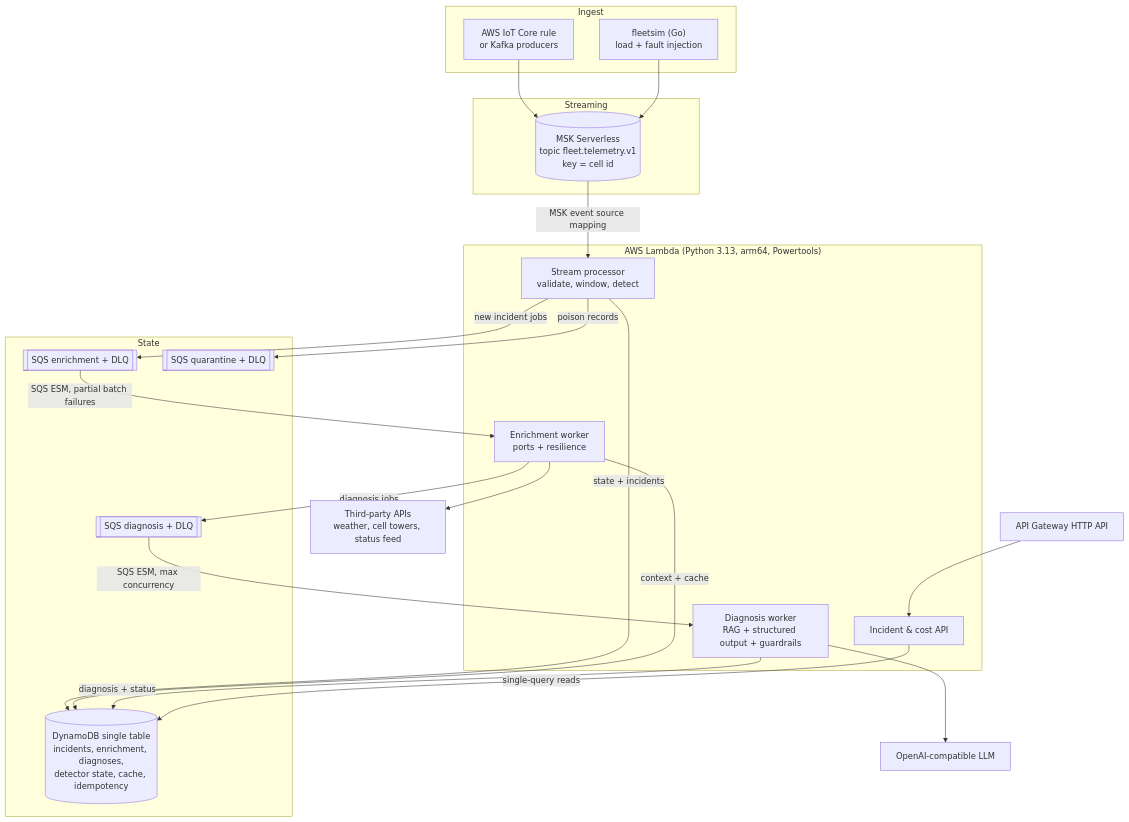
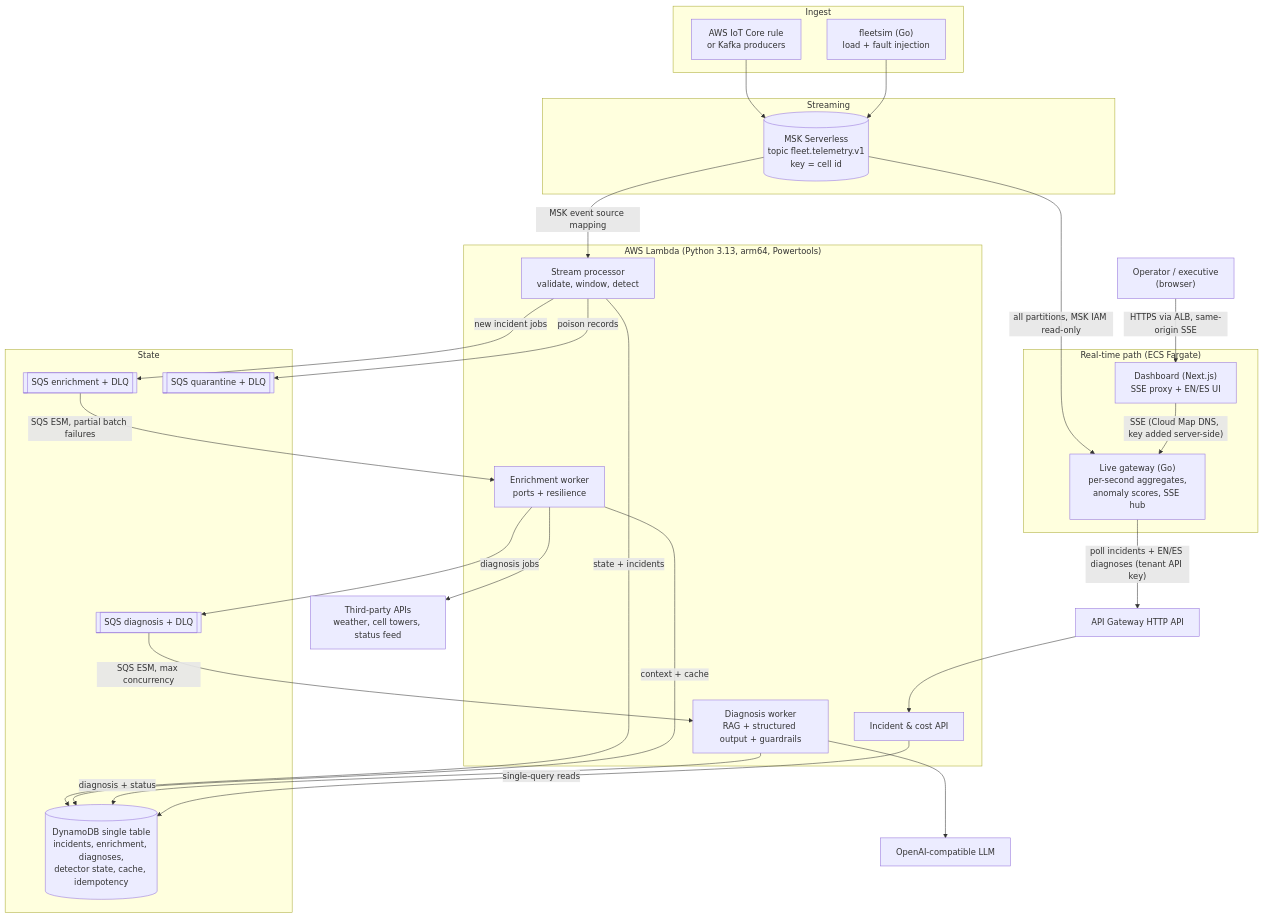
Before and after one commit to oscar-rolando-alvarez/portfolio: the second of 6 diagrams in iot-fleet-intelligence/README.md, drawn with Mermaid. The commit also changed other lines of this file and 136 other files, not shown here.

First line of the commit message:
feat(iot-fleet-intelligence): bilingual real-time operations & executive dashboard with live SSE gateway (#52)

````diff
--- a/iot-fleet-intelligence/README.md
+++ b/iot-fleet-intelligence/README.md
@@ -96,41 +162,50 @@
 ```mermaid
 flowchart TB
     subgraph edge["Ingest"]
         iot["AWS IoT Core rule<br/>or Kafka producers"]
         sim["fleetsim (Go)<br/>load + fault injection"]
     end
     subgraph stream["Streaming"]
         msk[("MSK Serverless<br/>topic fleet.telemetry.v1<br/>key = cell id")]
     end
     subgraph compute["AWS Lambda (Python 3.13, arm64, Powertools)"]
         sp["Stream processor<br/>validate, window, detect"]
         en["Enrichment worker<br/>ports + resilience"]
         dg["Diagnosis worker<br/>RAG + structured output + guardrails"]
         api["Incident & cost API"]
     end
     subgraph data["State"]
         ddb[("DynamoDB single table<br/>incidents, enrichment, diagnoses,<br/>detector state, cache, idempotency")]
         q1[["SQS enrichment + DLQ"]]
         q2[["SQS diagnosis + DLQ"]]
         q3[["SQS quarantine + DLQ"]]
     end
     apigw["API Gateway HTTP API"]
     ext["Third-party APIs<br/>weather, cell towers, status feed"]
     llm["OpenAI-compatible LLM"]
+    subgraph rt["Real-time path (ECS Fargate)"]
+        gw["Live gateway (Go)<br/>per-second aggregates,<br/>anomaly scores, SSE hub"]
+        ui["Dashboard (Next.js)<br/>SSE proxy + EN/ES UI"]
+    end
+    user["Operator / executive<br/>(browser)"]
 
     iot --> msk
     sim --> msk
     msk -- "MSK event source mapping" --> sp
     sp -- "state + incidents" --> ddb
     sp -- "new incident jobs" --> q1
     sp -- "poison records" --> q3
     q1 -- "SQS ESM, partial batch failures" --> en
     en --> ext
     en -- "context + cache" --> ddb
     en -- "diagnosis jobs" --> q2
     q2 -- "SQS ESM, max concurrency" --> dg
     dg --> llm
     dg -- "diagnosis + status" --> ddb
     apigw --> api
     api -- "single-query reads" --> ddb
+    msk -- "all partitions, MSK IAM read-only" --> gw
+    gw -- "poll incidents + EN/ES diagnoses (tenant API key)" --> apigw
+    ui -- "SSE (Cloud Map DNS, key added server-side)" --> gw
+    user -- "HTTPS via ALB, same-origin SSE" --> ui
 ```
````
